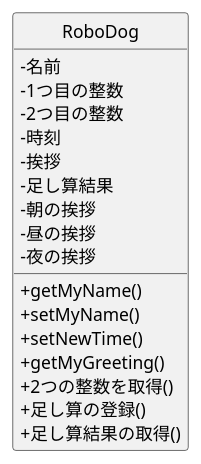
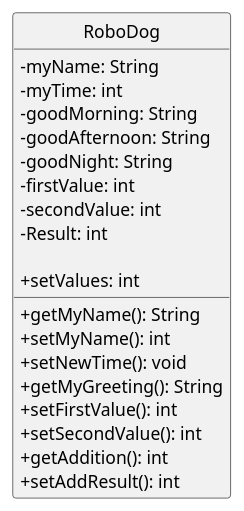
Before and after one commit to ko246/ohara_uml: the diagram in 06_robo_dog/class.pu, drawn with PlantUML. The commit also changed 8 other files, not shown here.

```diff
--- a/06_robo_dog/class.pu
+++ b/06_robo_dog/class.pu
@@ -1,25 +1,30 @@
 @startuml RoboDogクラス図
 skinparam classAttributeIconSize 0
 hide circle
 
 class RoboDog {
-    -名前
-    -1つ目の整数
-    -2つ目の整数
-    -時刻
-    -挨拶
-    -足し算結果
-    -朝の挨拶
-    -昼の挨拶
-    -夜の挨拶
+    -myName: String
+    ' datetime? bigInt?=UNIXTIME
+    ' UNIXTIMEは1970年1月1日0時0分0秒からの経過秒数
+    -myTime: int
+    -goodMorning: String
+    -goodAfternoon: String
+    -goodNight: String
+    -firstValue: int
+    -secondValue: int
+    ' 教科書にはない
+    -Result: int
 
-    +getMyName()
-    +setMyName()
-    +setNewTime()
-    +getMyGreeting()
-    +2つの整数を取得()
-    +足し算の登録()
-    +足し算結果の取得()
+    +getMyName(): String
+    +setMyName(): int
+    +setNewTime(): void
+    +getMyGreeting(): String
+    +setFirstValue(): int
+    +setSecondValue(): int
+    +getAddition(): int
+    ' 教科書にはない
+    +setValues: int
+    +setAddResult(): int
 
 }
 @enduml
```
